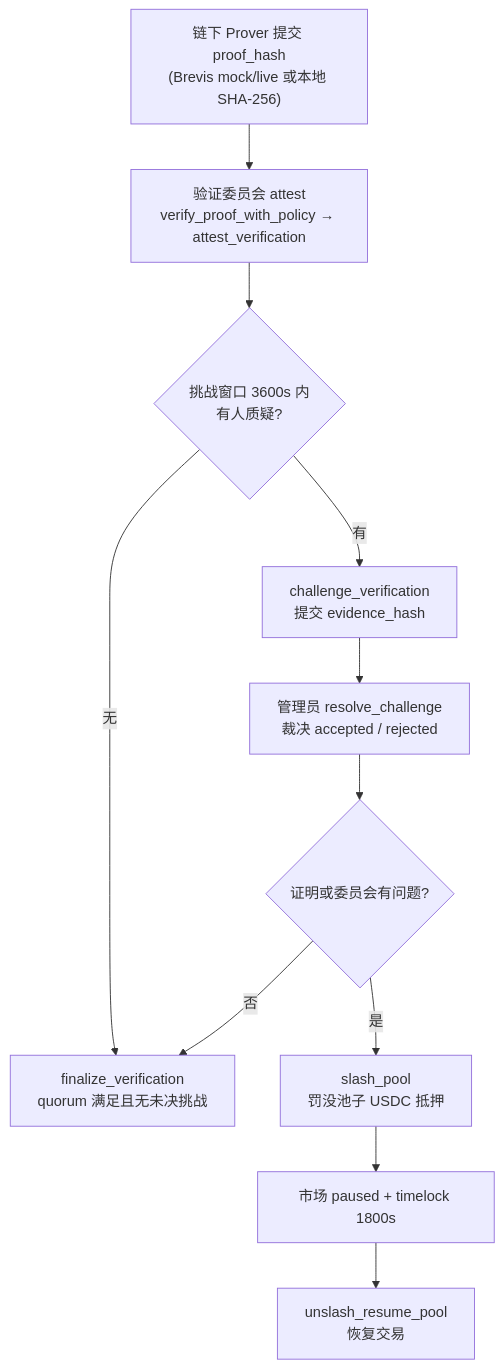
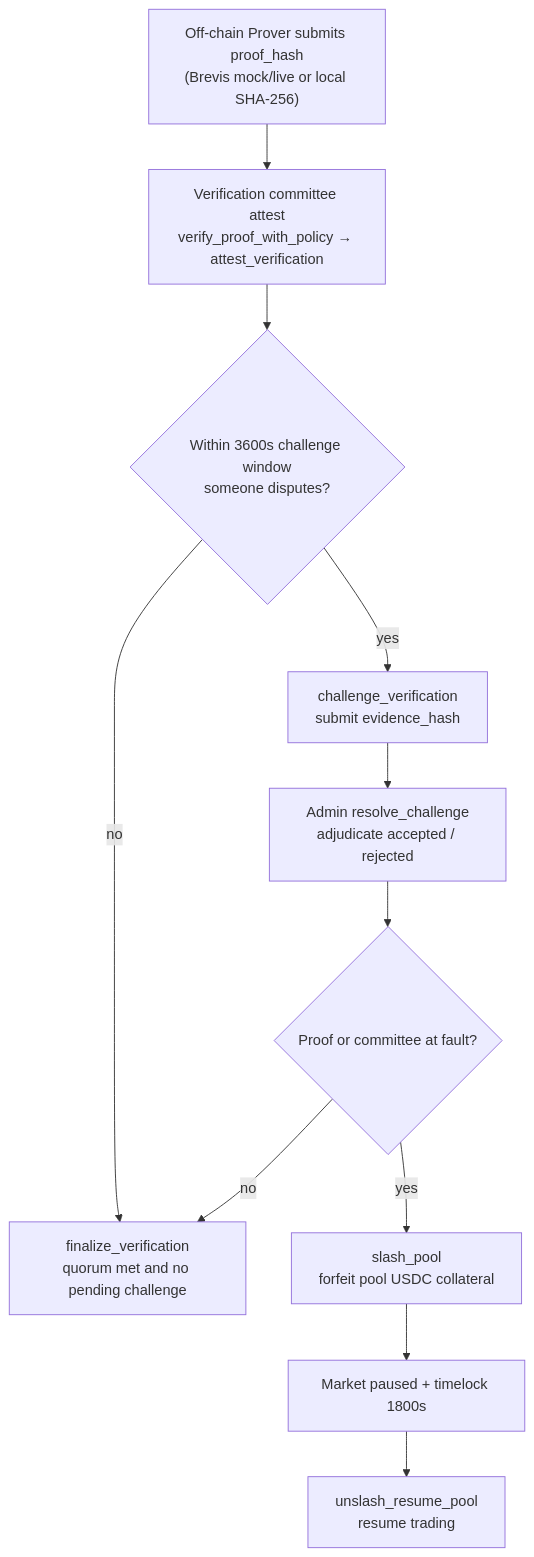
One commit to bamaao/x-market changed the second of 2 diagrams in docs/slash-and-attestation.md. Above: the diagram before and after it, drawn with Mermaid. The commit also changed other lines of this file and 93 other files, not shown here.

````diff
--- a/docs/slash-and-attestation.md
+++ b/docs/slash-and-attestation.md
@@ -111,19 +113,19 @@
 ```mermaid
 flowchart TD
-    A["链下 Prover 提交 proof_hash<br/>(Brevis mock/live 或本地 SHA-256)"]
-    B["验证委员会 attest<br/>verify_proof_with_policy → attest_verification"]
-    C{"挑战窗口 3600s 内<br/>有人质疑?"}
-    D["challenge_verification<br/>提交 evidence_hash"]
-    E["finalize_verification<br/>quorum 满足且无未决挑战"]
-    F["管理员 resolve_challenge<br/>裁决 accepted / rejected"]
-    G{"证明或委员会有问题?"}
-    H["slash_pool<br/>罚没池子 USDC 抵押"]
-    I["市场 paused + timelock 1800s"]
-    J["unslash_resume_pool<br/>恢复交易"]
+    A["Off-chain Prover submits proof_hash<br/>(Brevis mock/live or local SHA-256)"]
+    B["Verification committee attest<br/>verify_proof_with_policy → attest_verification"]
+    C{"Within 3600s challenge window<br/>someone disputes?"}
+    D["challenge_verification<br/>submit evidence_hash"]
+    E["finalize_verification<br/>quorum met and no pending challenge"]
+    F["Admin resolve_challenge<br/>adjudicate accepted / rejected"]
+    G{"Proof or committee at fault?"}
+    H["slash_pool<br/>forfeit pool USDC collateral"]
+    I["Market paused + timelock 1800s"]
+    J["unslash_resume_pool<br/>resume trading"]
 
     A --> B --> C
-    C -->|无| E
-    C -->|有| D --> F --> G
-    G -->|是| H --> I --> J
-    G -->|否| E
+    C -->|no| E
+    C -->|yes| D --> F --> G
+    G -->|yes| H --> I --> J
+    G -->|no| E
 ```
````
